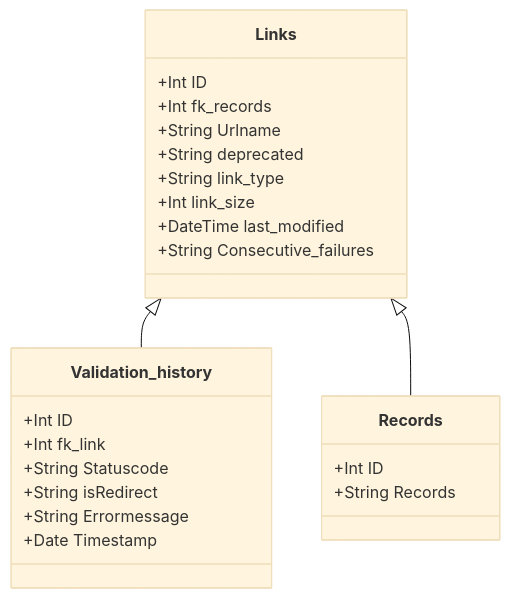
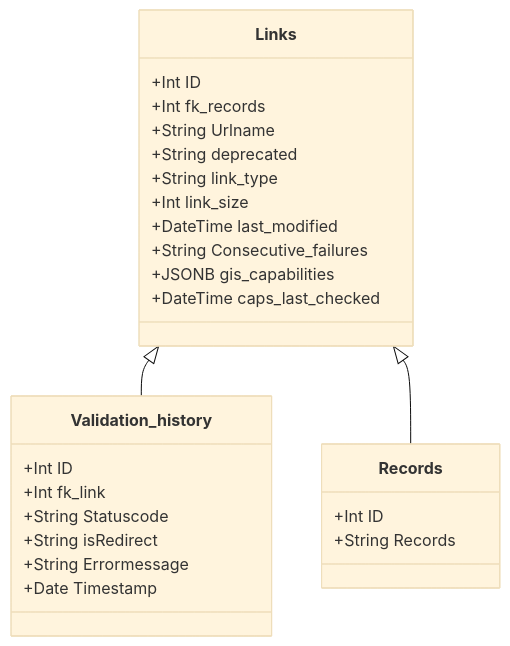
One commit to soilwise-he/link-liveliness-assessment changed the second of 2 diagrams in README.md. Above: the diagram before and after it, drawn with Mermaid (base theme). The commit also changed other lines of this file and 1 other file, not shown here.

Commit message:
Update lla to handle site delays retries caps and add lookup services

````diff
--- a/README.md
+++ b/README.md
@@ -95,25 +119,27 @@
 ```mermaid
 classDiagram
     Links <|-- Validation_history
     Links <|-- Records
     Links : +Int ID
     Links : +Int fk_records
     Links : +String Urlname
     Links : +String deprecated
     Links : +String link_type
     Links : +Int link_size
     Links : +DateTime last_modified
     Links : +String Consecutive_failures
+    Links : +JSONB gis_capabilities
+    Links : +DateTime caps_last_checked
     class Records{
     +Int ID
     +String Records
     }
     class Validation_history{
       +Int ID
       +Int fk_link
       +String Statuscode
      +String isRedirect
      +String Errormessage
      +Date Timestamp
     }
 ```
````
